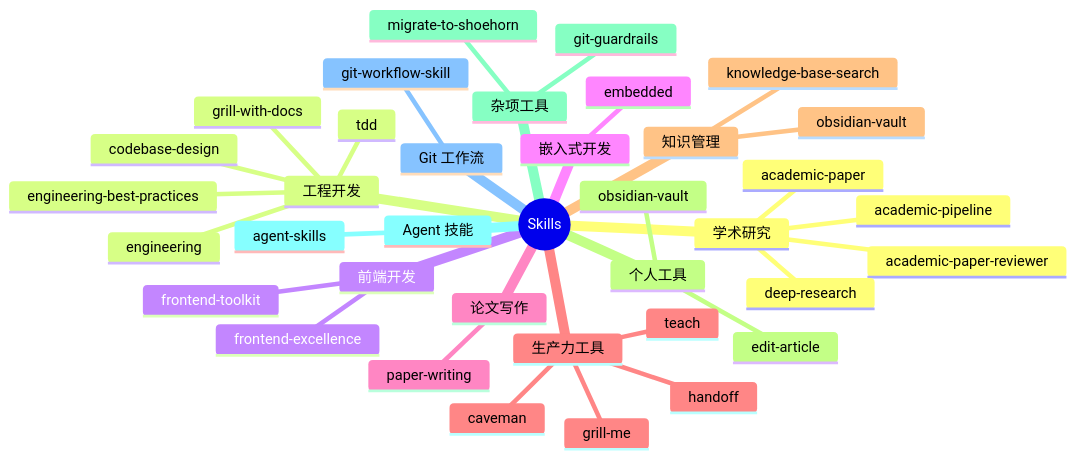
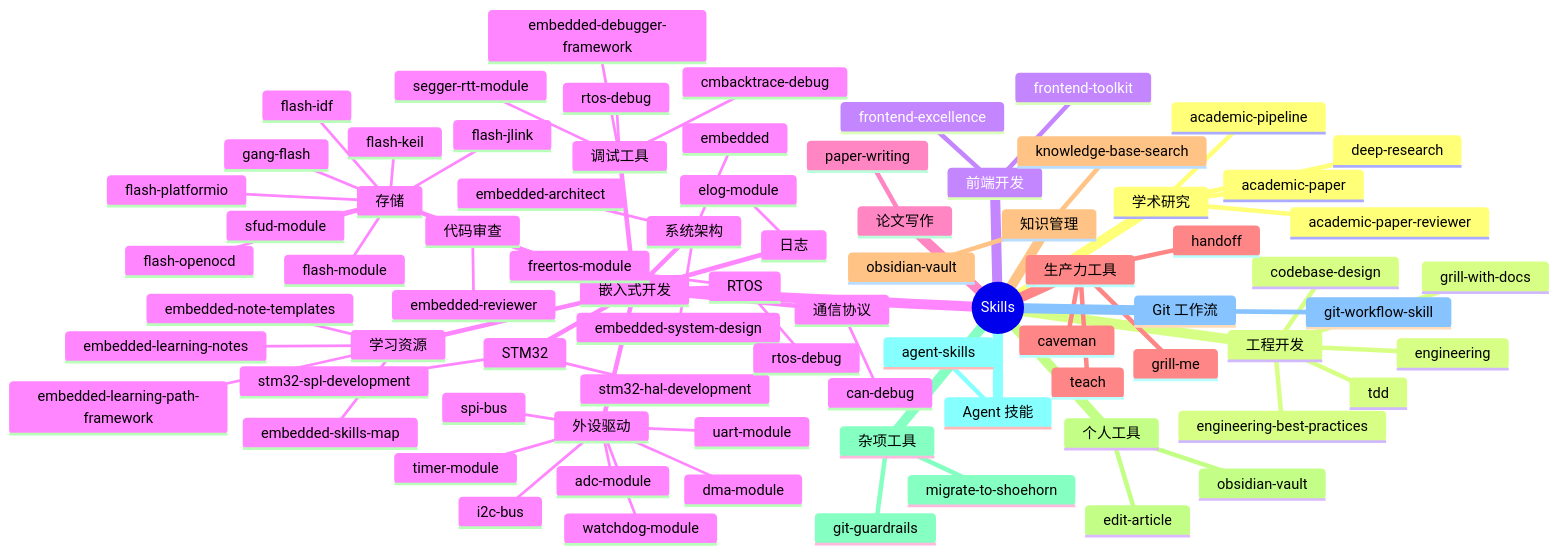
The first of 3 diagrams in README.md (shuai-yemao/shuai-yemao-chip-skills), drawn with Mermaid before and after one commit. The commit also changed other lines of this file and 92 other files, not shown here.

````diff
--- a/README.md
+++ b/README.md
@@ -7,40 +7,82 @@
 ```mermaid
 mindmap
   root((Skills))
     学术研究
       academic-paper
       academic-paper-reviewer
       academic-pipeline
       deep-research
     工程开发
       engineering
       engineering-best-practices
       tdd
       grill-with-docs
       codebase-design
     前端开发
       frontend-excellence
       frontend-toolkit
     嵌入式开发
-      embedded
+      系统架构
+        embedded
+        embedded-architect
+        embedded-system-design
+      代码审查
+        embedded-reviewer
+      调试工具
+        embedded-debugger-framework
+        rtos-debug
+        cmbacktrace-debug
+        segger-rtt-module
+      STM32
+        stm32-hal-development
+        stm32-spl-development
+      RTOS
+        freertos-module
+        rtos-debug
+      外设驱动
+        i2c-bus
+        spi-bus
+        uart-module
+        adc-module
+        dma-module
+        timer-module
+        watchdog-module
+      通信协议
+        can-debug
+      存储
+        flash-module
+        sfud-module
+        flash-jlink
+        flash-openocd
+        flash-keil
+        flash-platformio
+        flash-idf
+        gang-flash
+      日志
+        elog-module
+      学习资源
+        embedded-learning-notes
+        embedded-learning-path-framework
+        embedded-note-templates
+        embedded-skills-map
     论文写作
       paper-writing
     生产力工具
       grill-me
       teach
       handoff
       caveman
     知识管理
       knowledge-base-search
       obsidian-vault
     个人工具
       edit-article
       obsidian-vault
     杂项工具
       git-guardrails
       migrate-to-shoehorn
     Agent 技能
       agent-skills
     Git 工作流
       git-workflow-skill
 ```
````
